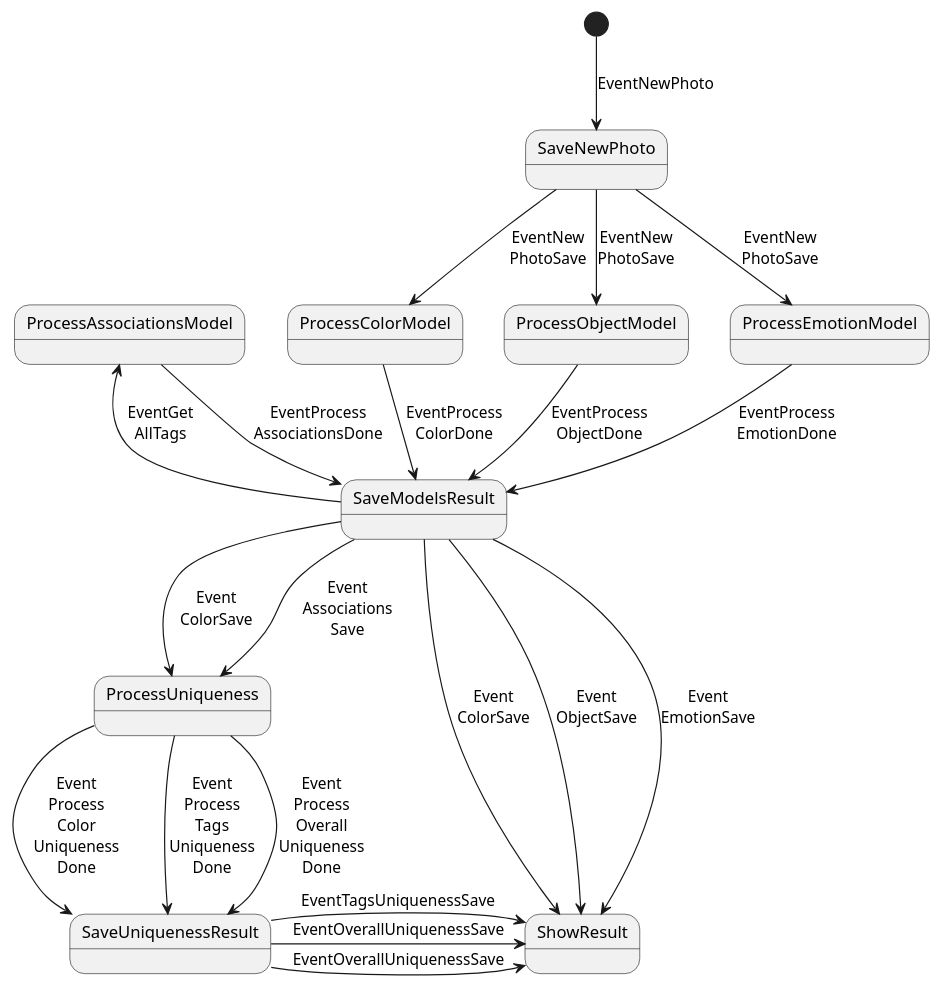
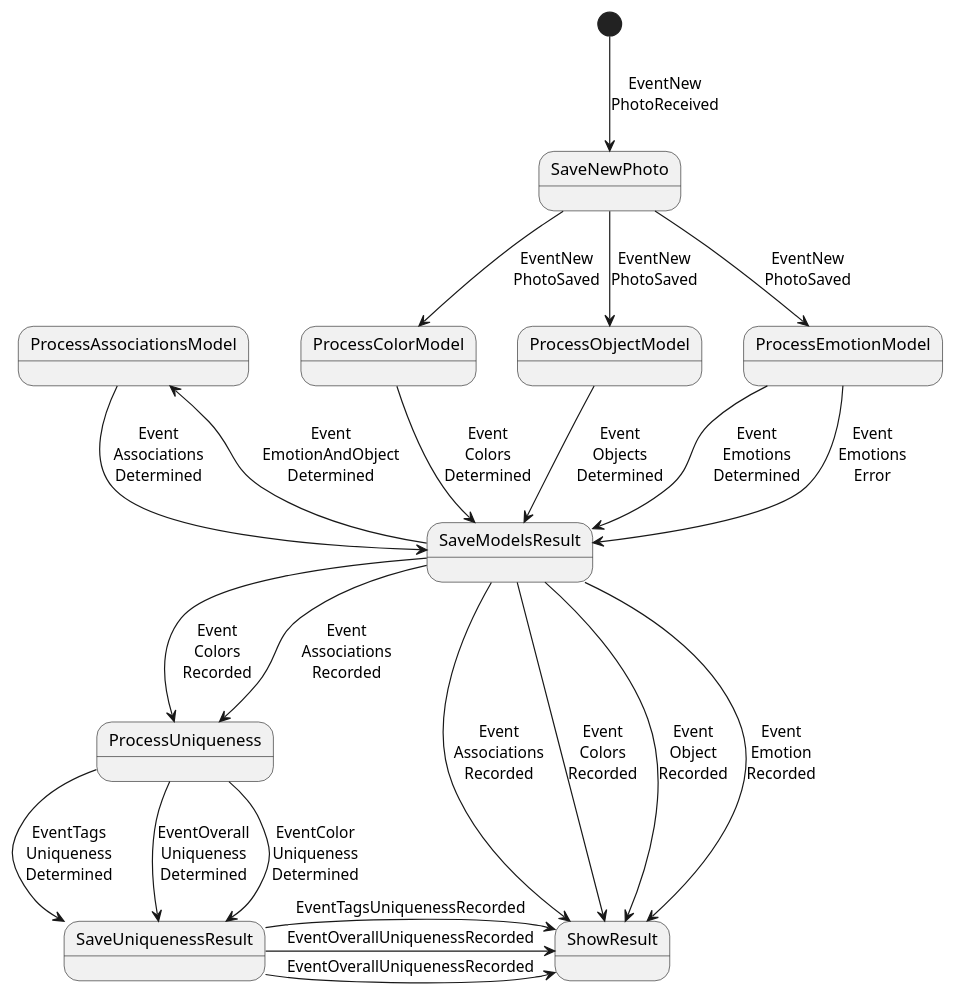
The diagram in system_send_event_diagram.puml (TourmalineCore/picachu-documentation), drawn with PlantUML before and after one commit. The commit also changed 2 other files, not shown here.

Commit message:
feat(doc): #85zrxapwf: add sent-event to diargam

```diff
--- a/system_send_event_diagram.puml
+++ b/system_send_event_diagram.puml
@@ -1,30 +1,32 @@
 @startuml
-[*] --> SaveNewPhoto : EventNewPhoto
-SaveNewPhoto --> ProcessColorModel: EventNew\nPhotoSave
-SaveNewPhoto --> ProcessObjectModel : EventNew\nPhotoSave
-SaveNewPhoto --> ProcessEmotionModel : EventNew\nPhotoSave
+[*] --> SaveNewPhoto : EventNew\nPhotoReceived
+SaveNewPhoto --> ProcessColorModel: EventNew\nPhotoSaved
+SaveNewPhoto --> ProcessObjectModel : EventNew\nPhotoSaved
+SaveNewPhoto --> ProcessEmotionModel : EventNew\nPhotoSaved
 
-ProcessColorModel --> SaveModelsResult : EventProcess\nColorDone
-ProcessObjectModel --> SaveModelsResult : EventProcess\nObjectDone
-ProcessEmotionModel --> SaveModelsResult : EventProcess\nEmotionDone
+ProcessColorModel --> SaveModelsResult : Event\nColors\nDetermined
+ProcessObjectModel --> SaveModelsResult : Event\nObjects\nDetermined
+ProcessEmotionModel --> SaveModelsResult : Event\nEmotions\nDetermined
+ProcessEmotionModel --> SaveModelsResult : Event\nEmotions\nError
 
-SaveModelsResult --> ProcessAssociationsModel : EventGet\nAllTags
-SaveModelsResult --> ProcessUniqueness : Event\nColorSave
-SaveModelsResult --> ProcessUniqueness : Event\nAssociations\nSave
+SaveModelsResult --> ProcessAssociationsModel : Event\nEmotionAndObject\nDetermined
+SaveModelsResult --> ProcessUniqueness : Event\nColors\nRecorded
+SaveModelsResult --> ProcessUniqueness : Event\nAssociations\nRecorded
 
 
-ProcessAssociationsModel -right-> SaveModelsResult : EventProcess\nAssociationsDone
+ProcessAssociationsModel -right-> SaveModelsResult : Event\nAssociations\nDetermined
 
-ProcessUniqueness --> SaveUniquenessResult : Event\nProcess\nColor\nUniqueness\nDone
-ProcessUniqueness --> SaveUniquenessResult : Event\nProcess\nTags\nUniqueness\nDone
-ProcessUniqueness --> SaveUniquenessResult : Event\nProcess\nOverall\nUniqueness\nDone
+ProcessUniqueness --> SaveUniquenessResult : EventColor\nUniqueness\nDetermined
+ProcessUniqueness --> SaveUniquenessResult : EventTags\nUniqueness\nDetermined
+ProcessUniqueness --> SaveUniquenessResult : EventOverall\nUniqueness\nDetermined
 
-SaveModelsResult -down-> ShowResult : Event\nColorSave
-SaveModelsResult -down-> ShowResult : Event\nObjectSave
-SaveModelsResult -down-> ShowResult : Event\nEmotionSave
-SaveUniquenessResult -right-> ShowResult : EventOverallUniquenessSave
-SaveUniquenessResult -right-> ShowResult : EventTagsUniquenessSave
-SaveUniquenessResult -right-> ShowResult : EventOverallUniquenessSave
+SaveModelsResult -down-> ShowResult : Event\nColors\nRecorded
+SaveModelsResult -down-> ShowResult : Event\nObject\nRecorded
+SaveModelsResult -down-> ShowResult : Event\nEmotion\nRecorded
+SaveModelsResult -down-> ShowResult : Event\nAssociations\nRecorded
+SaveUniquenessResult -right-> ShowResult : EventOverallUniquenessRecorded
+SaveUniquenessResult -right-> ShowResult : EventTagsUniquenessRecorded
+SaveUniquenessResult -right-> ShowResult : EventOverallUniquenessRecorded
 
 
 @enduml
```
